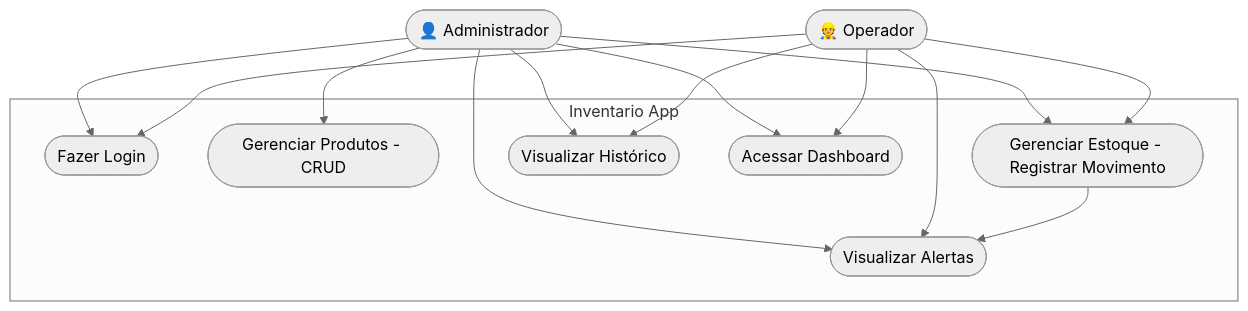
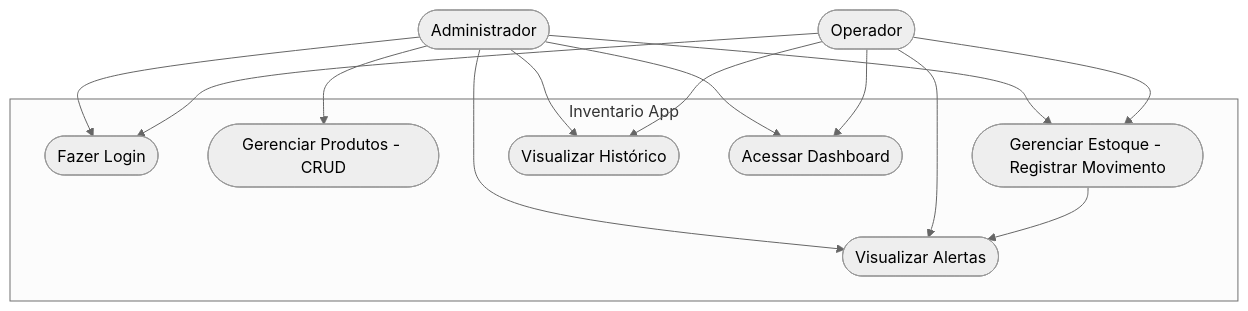
The second of 3 diagrams in README.md (Kaua1102bit/avaliacao-saep), drawn with Mermaid (neutral theme) before and after one commit. The commit also changed other lines of this file, not shown here.

````diff
--- a/README.md
+++ b/README.md
@@ -274,29 +274,29 @@
 ```mermaid
 graph TD
   subgraph "Inventario App"
     u1([Fazer Login])
     u2([Gerenciar Produtos - CRUD])
     u3([Gerenciar Estoque - Registrar Movimento])
     u4([Visualizar Alertas])
     u5([Visualizar Histórico])
     u6([Acessar Dashboard])
   end
 
-  Admin([👤 Administrador])
-  Operador([👷 Operador])
+  Admin([Administrador])
+  Operador([ Operador])
 
   Admin --> u1
   Admin --> u2
   Admin --> u3
   Admin --> u4
   Admin --> u5
   Admin --> u6
 
   Operador --> u1
   Operador --> u3
   Operador --> u4
   Operador --> u5
   Operador --> u6
 
   u3 --> u4
 ```
````
